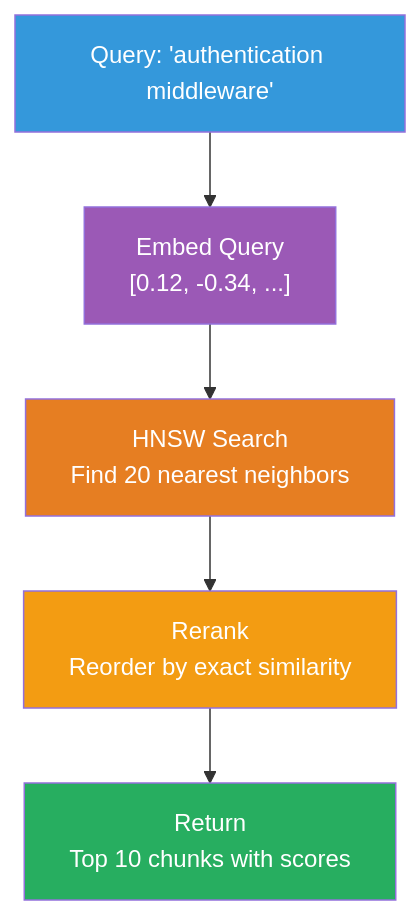
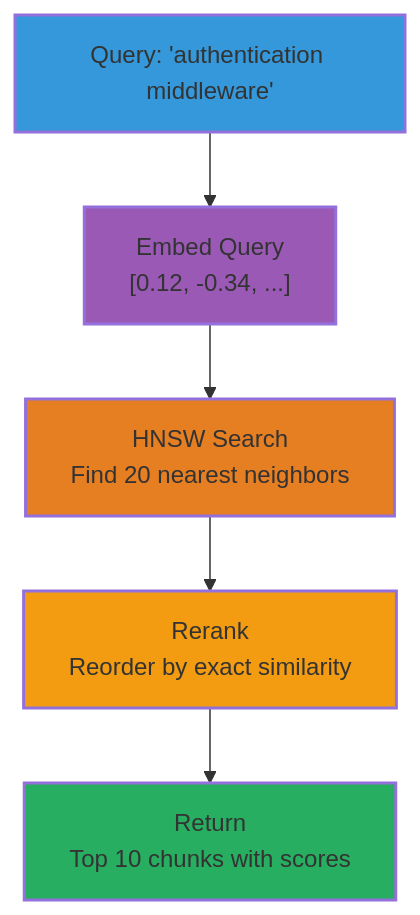
One commit to sampi02/amanmcp changed the eighth of 8 diagrams in docs/concepts/vector-search-concepts.md. Above: the diagram before and after it, drawn with Mermaid. The commit also changed other lines of this file and 59 other files, not shown here.

````diff
--- a/docs/concepts/vector-search-concepts.md
+++ b/docs/concepts/vector-search-concepts.md
@@ -455,17 +628,17 @@
 ```mermaid
 flowchart TB
     Query["Query: 'authentication middleware'"]
 
     Embed["Embed Query<br/>[0.12, -0.34, ...]"]
     HNSW["HNSW Search<br/>Find 20 nearest neighbors"]
     Rerank["Rerank<br/>Reorder by exact similarity"]
     Return["Return<br/>Top 10 chunks with scores"]
 
     Query --> Embed --> HNSW --> Rerank --> Return
 
-    style Query fill:#3498db,color:#fff
-    style Embed fill:#9b59b6,color:#fff
-    style HNSW fill:#e67e22,color:#fff
-    style Rerank fill:#f39c12,color:#fff
-    style Return fill:#27ae60,color:#fff
+    style Query fill:#3498db,stroke-width:2px
+    style Embed fill:#9b59b6,stroke-width:2px
+    style HNSW fill:#e67e22,stroke-width:2px
+    style Rerank fill:#f39c12,stroke-width:2px
+    style Return fill:#27ae60,stroke-width:2px
 ```
````
